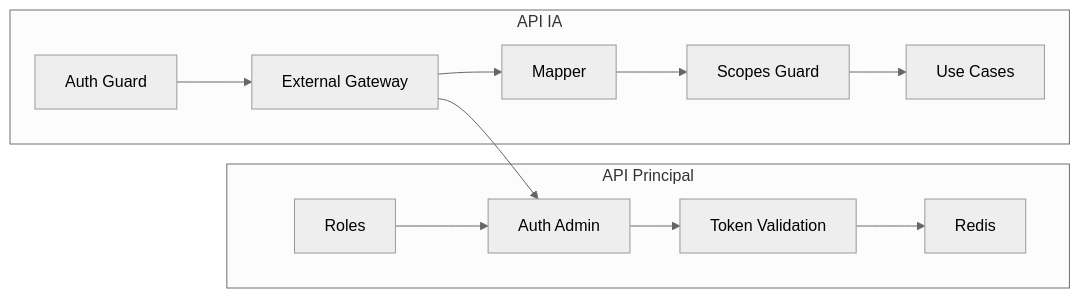
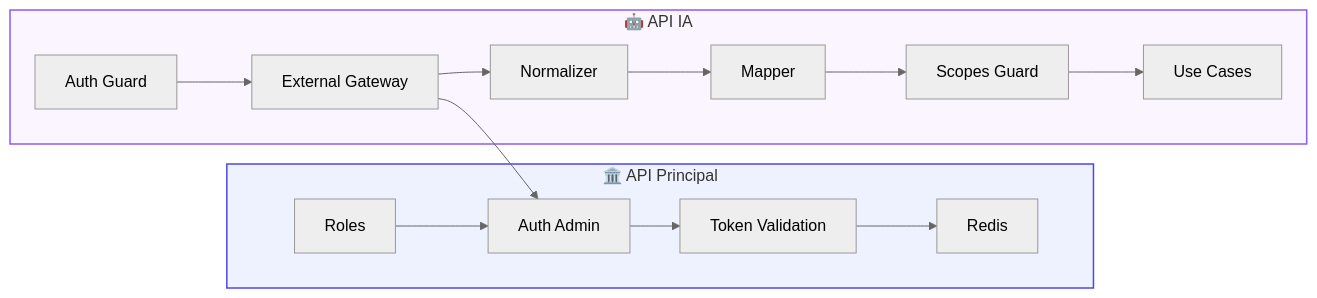
One commit to matheusdiamantino-betalent/IA changed the eighth of 11 diagrams in RFC-0001-Auth.md. Above: the diagram before and after it, drawn with Mermaid (neutral theme). The commit also changed other lines of this file, not shown here.

````diff
--- a/RFC-0001-Auth.md
+++ b/RFC-0001-Auth.md
@@ -492,27 +615,32 @@
 ```mermaid
 flowchart LR
-    subgraph MAIN[API Principal]
+    subgraph MAIN[🏛️ API Principal]
         A1[Auth Admin]
         A2[Roles]
         A3[Token Validation]
         A4[Redis]
     end
 
-    subgraph AI[API IA]
+    subgraph AI[🤖 API IA]
         B1[Auth Guard]
         B2[External Gateway]
-        B3[Mapper]
-        B4[Scopes Guard]
-        B5[Use Cases]
+        B3[Normalizer]
+        B4[Mapper]
+        B5[Scopes Guard]
+        B6[Use Cases]
     end
 
     A1 --> A3
     A3 --> A4
     A2 --> A1
 
     B1 --> B2
     B2 --> A1
     B2 --> B3
     B3 --> B4
     B4 --> B5
+    B5 --> B6
+
+    style MAIN fill:#eef2ff,stroke:#4f46e5,stroke-width:1.5px
+    style AI fill:#faf5ff,stroke:#8b5cf6,stroke-width:1.5px
 ```
````
